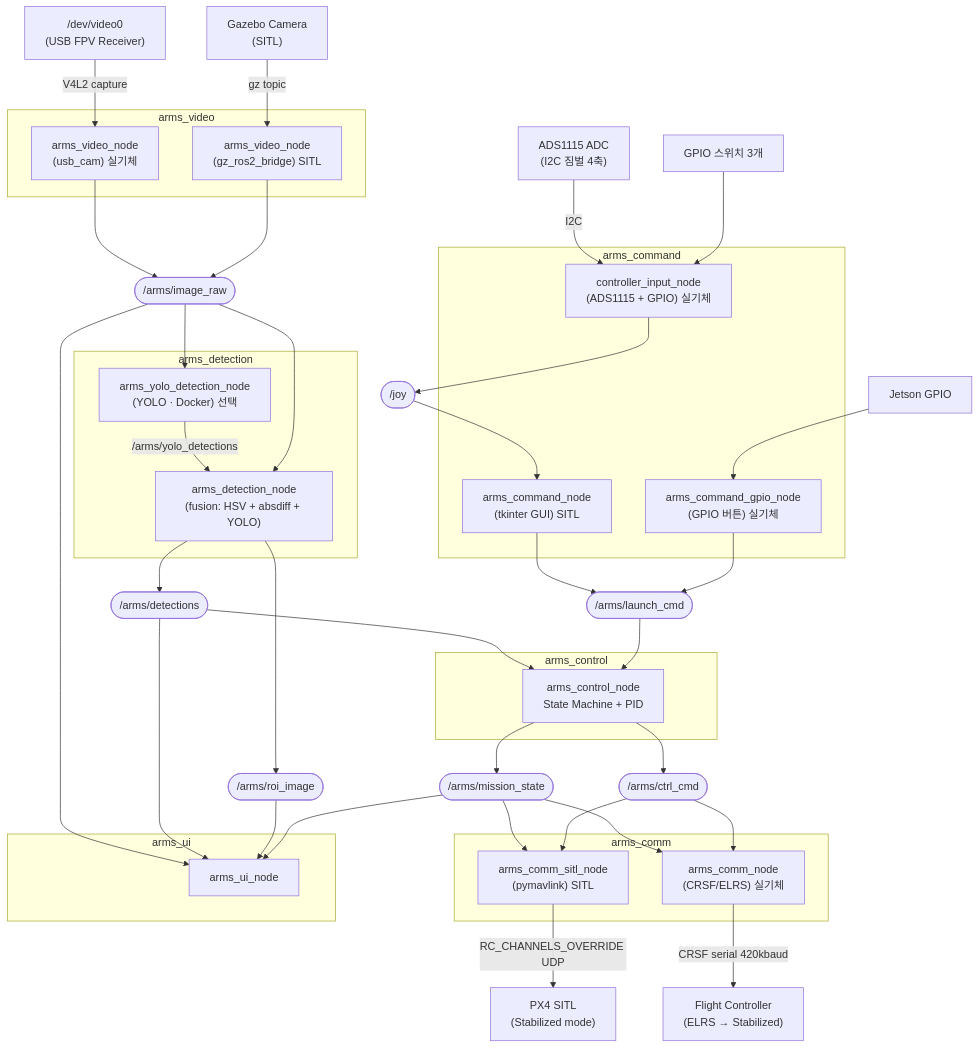
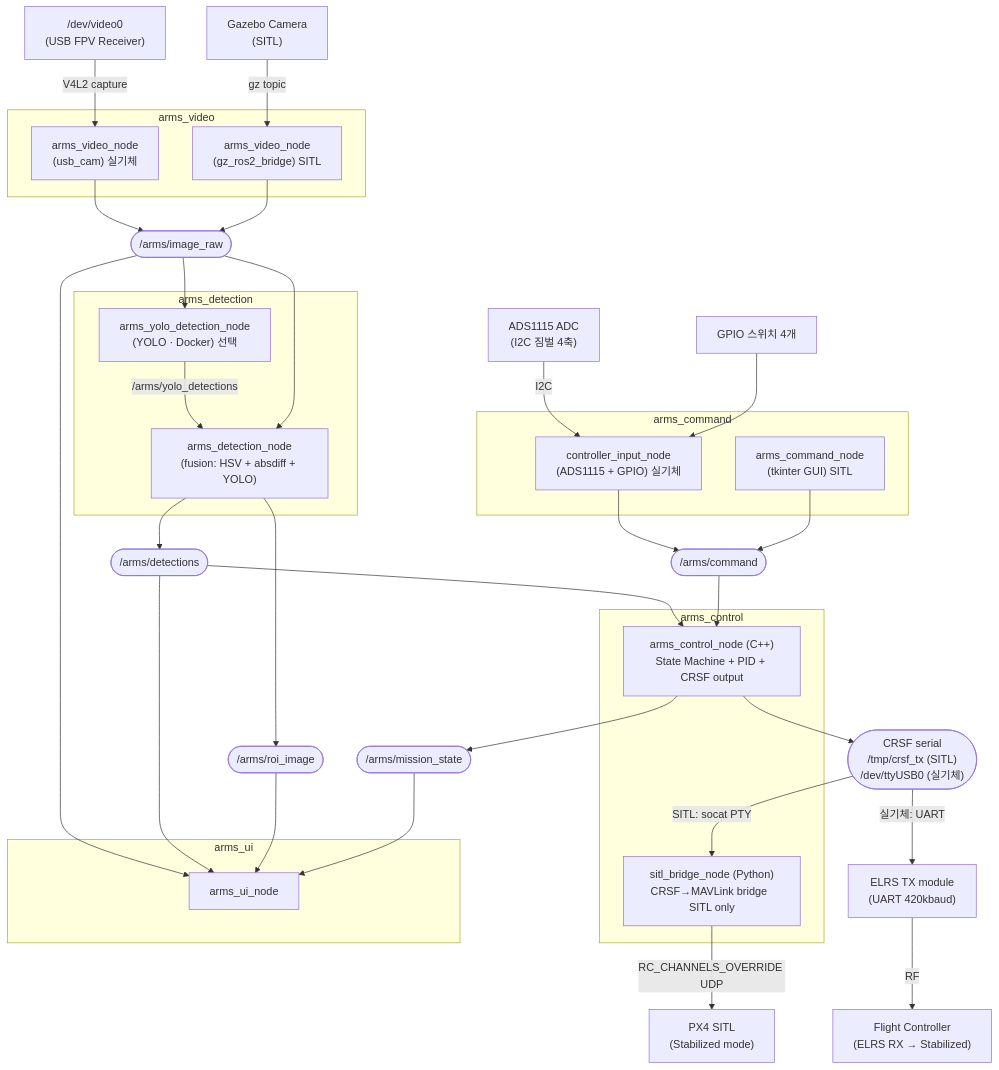
Before and after one commit to tokhun2002/A.R.M.S.-Anti-drone-Reusable-Modular-System-: the first of 3 diagrams in SW/docs/DESIGN.md, drawn with Mermaid. The commit also changed other lines of this file and 3 other files, not shown here.

Commit message:
refac: /joy to /arms/command

````diff
--- a/SW/docs/DESIGN.md
+++ b/SW/docs/DESIGN.md
@@ -61,81 +64,70 @@
 ```mermaid
 graph TD
     GAZEBO["Gazebo Camera<br/>(SITL)"]
     V4L2["/dev/video0<br/>(USB FPV Receiver)"]
-    GPIO["Jetson GPIO"]
 
     subgraph arms_video ["arms_video"]
         VN_REAL["arms_video_node<br/>(usb_cam) 실기체"]
         VN_SITL["arms_video_node<br/>(gz_ros2_bridge) SITL"]
     end
 
     IMAGE(["/arms/image_raw"])
 
     subgraph arms_detection ["arms_detection"]
         DN_YOLO["arms_yolo_detection_node<br/>(YOLO · Docker) 선택"]
         DN_FUSION["arms_detection_node<br/>(fusion: HSV + absdiff + YOLO)"]
         DN_YOLO -->|/arms/yolo_detections| DN_FUSION
     end
 
     subgraph arms_command ["arms_command"]
         CMD_GUI["arms_command_node<br/>(tkinter GUI) SITL"]
-        CMD_GPIO["arms_command_gpio_node<br/>(GPIO 버튼) 실기체"]
         CMD_JOY["controller_input_node<br/>(ADS1115 + GPIO) 실기체"]
     end
 
     ADS1115["ADS1115 ADC<br/>(I2C 짐벌 4축)"]
-    SWGPIO["GPIO 스위치 3개"]
-    JOY(["/joy"])
+    SWGPIO["GPIO 스위치 4개"]
+    JOY(["/arms/command"])
 
     DETECTIONS(["/arms/detections"])
     ROI_IMAGE(["/arms/roi_image"])
-    LAUNCH_CMD(["/arms/launch_cmd"])
     MISSION_STATE(["/arms/mission_state"])
-    CTRL_CMD(["/arms/ctrl_cmd"])
+    CRSF_SERIAL(["CRSF serial<br/>/tmp/crsf_tx (SITL)<br/>/dev/ttyUSB0 (실기체)"])
 
     subgraph arms_control ["arms_control"]
-        CN["arms_control_node<br/>State Machine + PID"]
-    end
-
-    subgraph arms_comm ["arms_comm"]
-        COMM_SITL["arms_comm_sitl_node<br/>(pymavlink) SITL"]
-        COMM_HW["arms_comm_node<br/>(CRSF/ELRS) 실기체"]
+        CN["arms_control_node (C++)<br/>State Machine + PID + CRSF output"]
+        BRIDGE["sitl_bridge_node (Python)<br/>CRSF→MAVLink bridge  SITL only"]
     end
 
     subgraph arms_ui ["arms_ui"]
         UN["arms_ui_node"]
     end
 
     FC_SITL["PX4 SITL<br/>(Stabilized mode)"]
-    FC_HW["Flight Controller<br/>(ELRS → Stabilized)"]
+    FC_HW["Flight Controller<br/>(ELRS RX → Stabilized)"]
+    ELRS_TX["ELRS TX module<br/>(UART 420kbaud)"]
 
     V4L2 -->|V4L2 capture| VN_REAL
     GAZEBO -->|gz topic| VN_SITL
-    GPIO --> CMD_GPIO
     ADS1115 -->|I2C| CMD_JOY
     SWGPIO --> CMD_JOY
     CMD_JOY --> JOY
-    JOY --> CMD_GUI
+    CMD_GUI --> JOY
     VN_REAL --> IMAGE
     VN_SITL --> IMAGE
     IMAGE --> DN_YOLO
     IMAGE --> DN_FUSION
     IMAGE --> UN
     DN_FUSION --> DETECTIONS
     DN_FUSION --> ROI_IMAGE
     DETECTIONS --> CN
     DETECTIONS --> UN
     ROI_IMAGE --> UN
-    CMD_GUI --> LAUNCH_CMD
-    CMD_GPIO --> LAUNCH_CMD
-    LAUNCH_CMD --> CN
+    JOY --> CN
     CN --> MISSION_STATE
-    CN --> CTRL_CMD
+    CN --> CRSF_SERIAL
     MISSION_STATE --> UN
-    MISSION_STATE --> COMM_SITL
-    MISSION_STATE --> COMM_HW
-    CTRL_CMD --> COMM_SITL
-    CTRL_CMD --> COMM_HW
-    COMM_SITL -->|RC_CHANNELS_OVERRIDE UDP| FC_SITL
-    COMM_HW -->|CRSF serial 420kbaud| FC_HW
+    CRSF_SERIAL -->|SITL: socat PTY| BRIDGE
+    BRIDGE -->|RC_CHANNELS_OVERRIDE UDP| FC_SITL
+    CRSF_SERIAL -->|실기체: UART| ELRS_TX
+    ELRS_TX -->|RF| FC_HW
 ```
````
